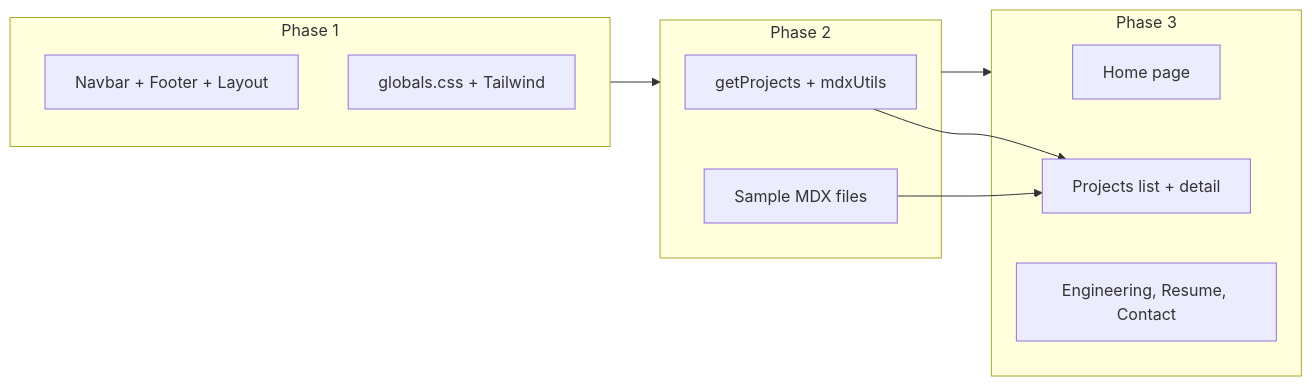
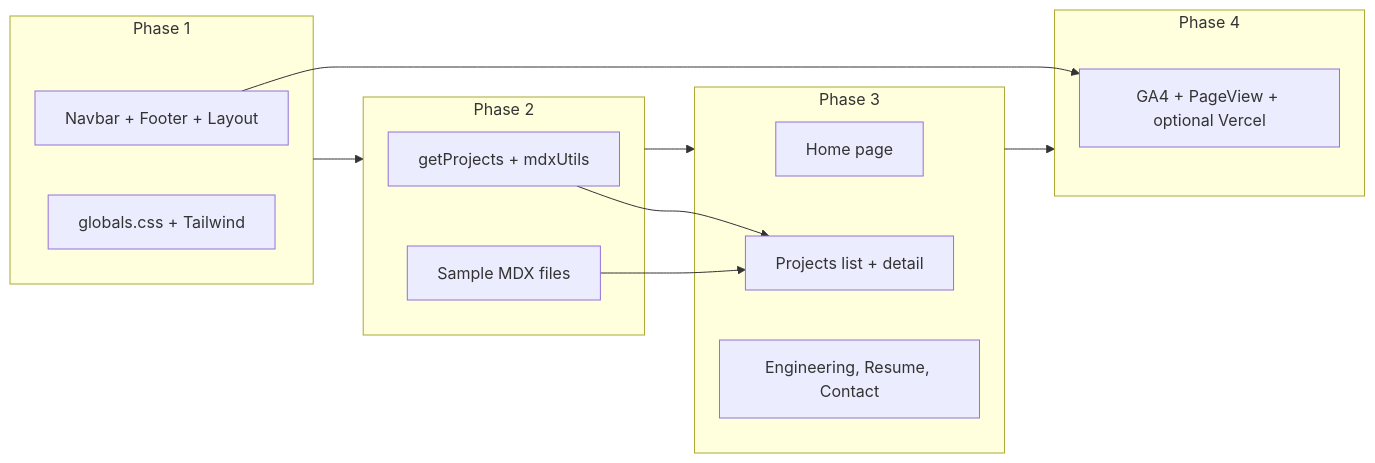
One commit to Linshengyi-William/Portfolio-web-2026 changed the diagram in docs/TECHNICAL_SPECIFICATION.md. Above: the diagram before and after it, drawn with Mermaid. The commit also changed other lines of this file and 1 other file, not shown here.

Commit message:
docs: add data analytics spec and setup (GA4, Vercel Analytics, ANALYTICS.md)

````diff
--- a/docs/TECHNICAL_SPECIFICATION.md
+++ b/docs/TECHNICAL_SPECIFICATION.md
@@ -291,19 +329,23 @@
 ```mermaid
 flowchart LR
   subgraph phase1 [Phase 1]
     Layout[Navbar + Footer + Layout]
     Globals[globals.css + Tailwind]
   end
   subgraph phase2 [Phase 2]
     Lib[getProjects + mdxUtils]
     Content[Sample MDX files]
   end
   subgraph phase3 [Phase 3]
     Home[Home page]
     Projects[Projects list + detail]
     Other[Engineering, Resume, Contact]
   end
-  phase1 --> phase2 --> phase3
+  subgraph phase4 [Phase 4]
+    Analytics[GA4 + PageView + optional Vercel]
+  end
+  phase1 --> phase2 --> phase3 --> phase4
   Lib --> Projects
   Content --> Projects
+  Layout --> Analytics
 ```
````
